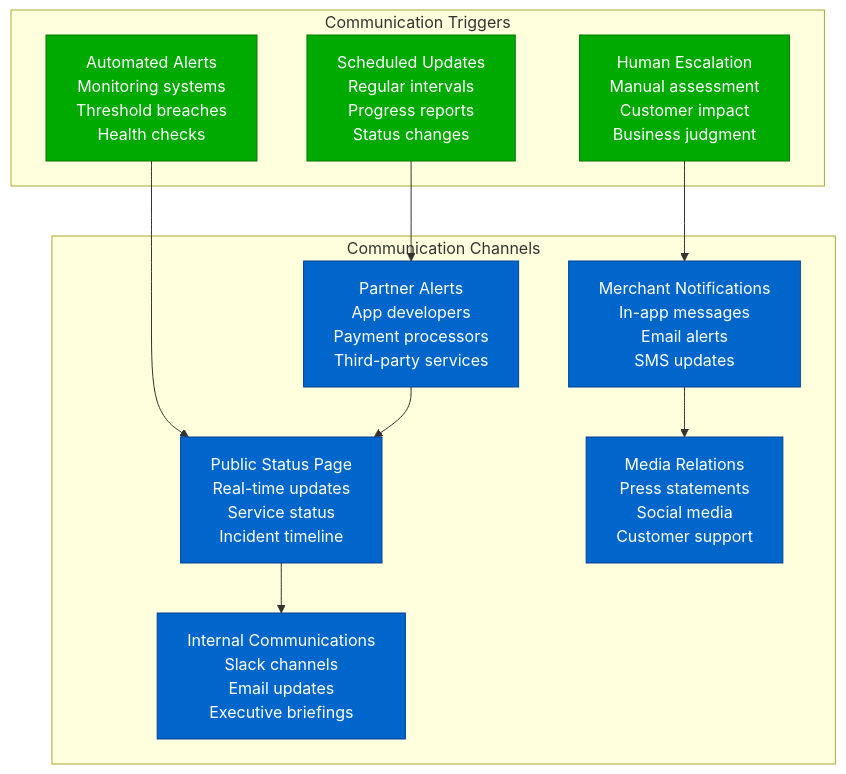
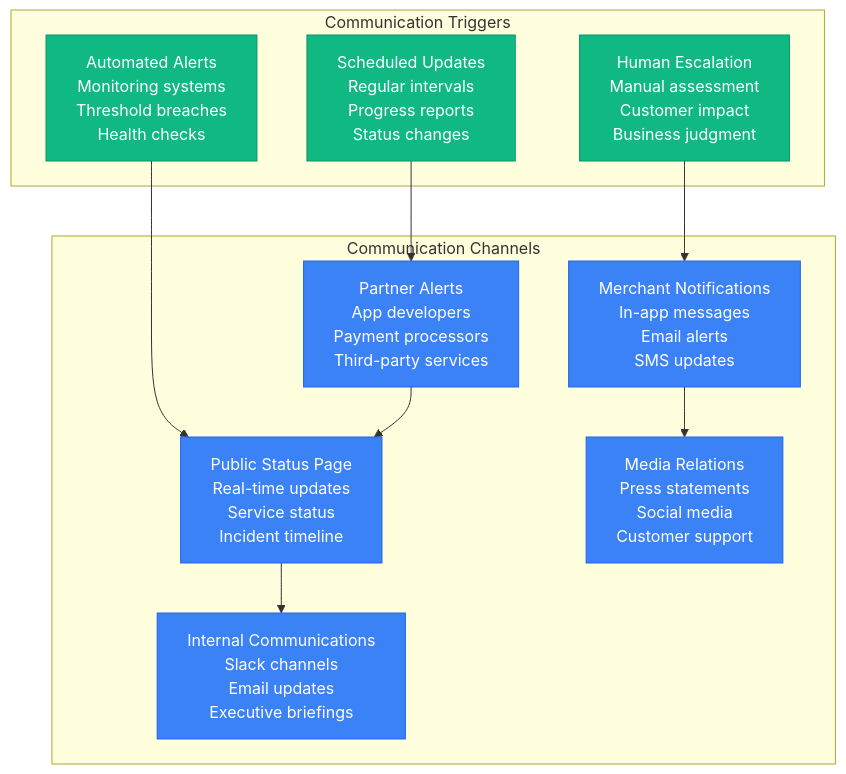
One commit to deepaucksharma/DS changed the seventh of 9 diagrams in site/docs/systems/shopify/production-operations.md. Above: the diagram before and after it, drawn with Mermaid. The commit also changed other lines of this file and 303 other files, not shown here.

````diff
--- a/site/docs/systems/shopify/production-operations.md
+++ b/site/docs/systems/shopify/production-operations.md
@@ -367,38 +367,38 @@
 ```mermaid
 graph TB
     subgraph "Communication Channels"
         STATUS_PAGE[Public Status Page<br/>Real-time updates<br/>Service status<br/>Incident timeline]
 
         MERCHANT_NOTIFICATIONS[Merchant Notifications<br/>In-app messages<br/>Email alerts<br/>SMS updates]
 
         PARTNER_ALERTS[Partner Alerts<br/>App developers<br/>Payment processors<br/>Third-party services]
 
         INTERNAL_COMMS[Internal Communications<br/>Slack channels<br/>Email updates<br/>Executive briefings]
 
         MEDIA_RELATIONS[Media Relations<br/>Press statements<br/>Social media<br/>Customer support]
     end
 
     subgraph "Communication Triggers"
         AUTOMATED_ALERTS[Automated Alerts<br/>Monitoring systems<br/>Threshold breaches<br/>Health checks]
 
         HUMAN_ESCALATION[Human Escalation<br/>Manual assessment<br/>Customer impact<br/>Business judgment]
 
         SCHEDULED_UPDATES[Scheduled Updates<br/>Regular intervals<br/>Progress reports<br/>Status changes]
     end
 
     %% Communication flow
     AUTOMATED_ALERTS --> STATUS_PAGE
     HUMAN_ESCALATION --> MERCHANT_NOTIFICATIONS
     SCHEDULED_UPDATES --> PARTNER_ALERTS
 
     STATUS_PAGE --> INTERNAL_COMMS
     MERCHANT_NOTIFICATIONS --> MEDIA_RELATIONS
     PARTNER_ALERTS --> STATUS_PAGE
 
     %% Apply communication colors
-    classDef channelStyle fill:#0066CC,stroke:#004499,color:#fff
-    classDef triggerStyle fill:#00AA00,stroke:#007700,color:#fff
+    classDef channelStyle fill:#3B82F6,stroke:#2563EB,color:#fff
+    classDef triggerStyle fill:#10B981,stroke:#059669,color:#fff
 
     class STATUS_PAGE,MERCHANT_NOTIFICATIONS,PARTNER_ALERTS,INTERNAL_COMMS,MEDIA_RELATIONS channelStyle
     class AUTOMATED_ALERTS,HUMAN_ESCALATION,SCHEDULED_UPDATES triggerStyle
 ```
````
